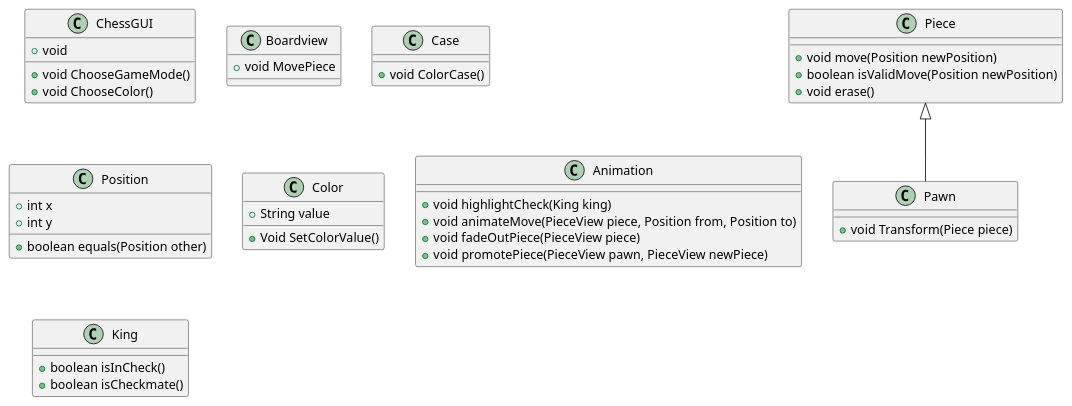
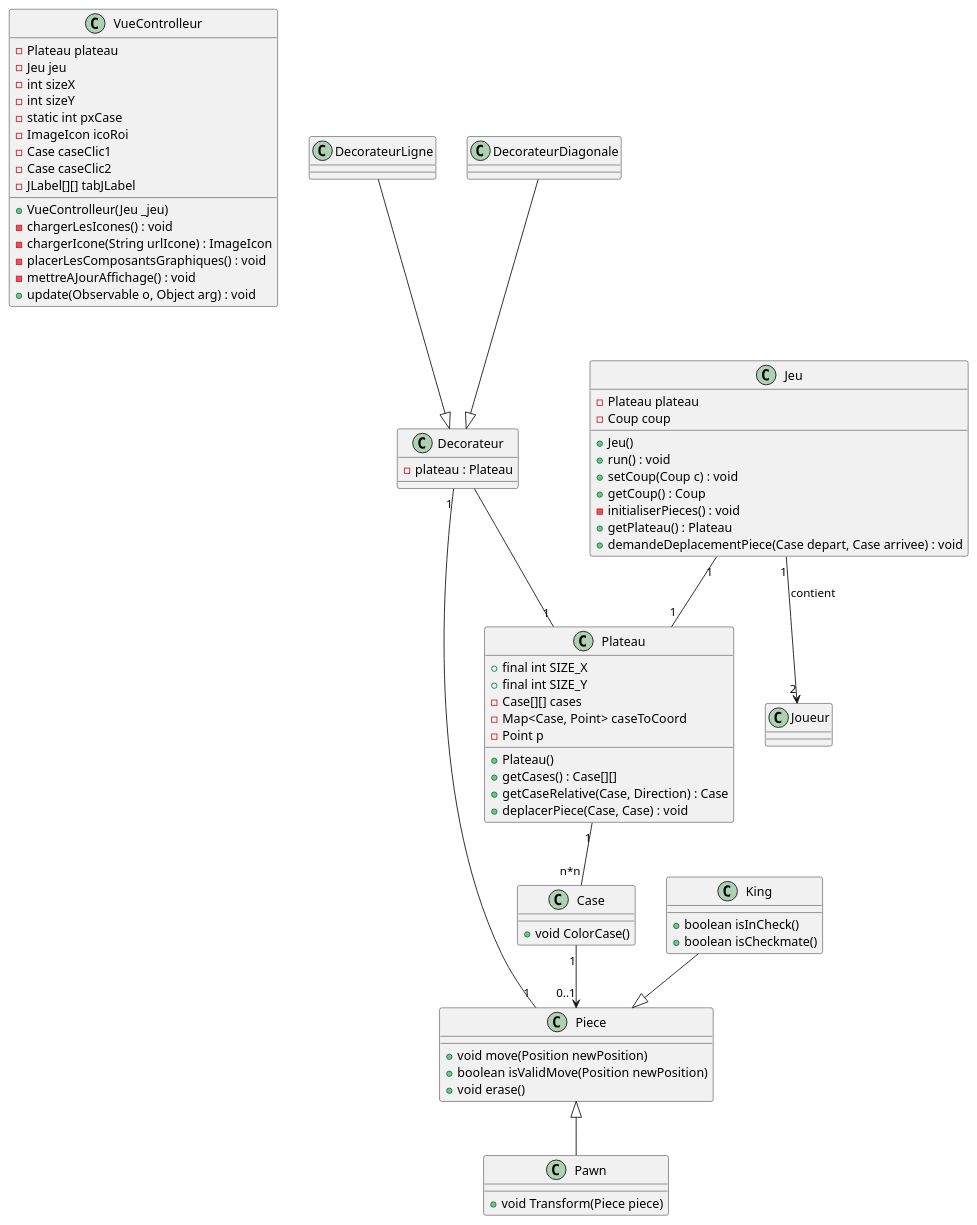
The diagram in src/ClassDiagram.puml (housni2003/ChessProject), drawn with PlantUML before and after one commit.

Commit message:
Diagramme de classe

```diff
--- a/src/ClassDiagram.puml
+++ b/src/ClassDiagram.puml
@@ -1,49 +1,86 @@
 @startuml
-class ChessGUI {
-    + void ChooseGameMode()
-    + void ChooseColor()
-    + void
-}
+class VueControlleur {
+        - Plateau plateau
+        - Jeu jeu
+        - int sizeX
+        - int sizeY
+        - static int pxCase
+        - ImageIcon icoRoi
+        - Case caseClic1
+        - Case caseClic2
+        - JLabel[][] tabJLabel
 
-class Boardview {
-    + void MovePiece
+        + VueControlleur(Jeu _jeu)
+        - chargerLesIcones() : void
+        - chargerIcone(String urlIcone) : ImageIcon
+        - placerLesComposantsGraphiques() : void
+        - mettreAJourAffichage() : void
+        + update(Observable o, Object arg) : void
+    }
+
+class Plateau {
+    + final int SIZE_X
+    + final int SIZE_Y
+    - Case[][] cases
+    - Map<Case, Point> caseToCoord
+    - Point p
+
+    + Plateau()
+    + getCases() : Case[][]
+    + getCaseRelative(Case, Direction) : Case
+    + deplacerPiece(Case, Case) : void
 }
 
 class Piece{
     + void move(Position newPosition)
     + boolean isValidMove(Position newPosition)
     + void erase()
 }
 
 class Case{
     + void ColorCase()
 }
 
-class Position {
-    + int x
-    + int y
-    + boolean equals(Position other)
+class Jeu {
+        - Plateau plateau
+        - Coup coup
+
+        + Jeu()
+        + run() : void
+        + setCoup(Coup c) : void
+        + getCoup() : Coup
+        - initialiserPieces() : void
+        + getPlateau() : Plateau
+        + demandeDeplacementPiece(Case depart, Case arrivee) : void
+    }
+
+class Decorateur {
+    - plateau : Plateau
 }
 
-class Color {
-    + String value
-    + Void SetColorValue()
-}
+class DecorateurLigne
+class DecorateurDiagonale
 
-class Animation {
-  + void highlightCheck(King king)
-  + void animateMove(PieceView piece, Position from, Position to)
-  + void fadeOutPiece(PieceView piece)
-  + void promotePiece(PieceView pawn, PieceView newPiece)
-}
+' Héritage
+Decorateur -- "1" Plateau
+DecorateurLigne --|> Decorateur
+DecorateurDiagonale --|> Decorateur
 
 class King {
     + boolean isInCheck()
     + boolean isCheckmate()
 }
 
 class Pawn extends Piece {
     + void Transform(Piece piece)
 }
+class Joueur
+
+Plateau "1" -- "n*n" Case
+Jeu "1" -- "1" Plateau
+Case "1" --> "0..1" Piece
+Decorateur "1" -- "1" Piece
+King --|> Piece
+Jeu "1" --> "2" Joueur : contient
 
 @enduml
```
